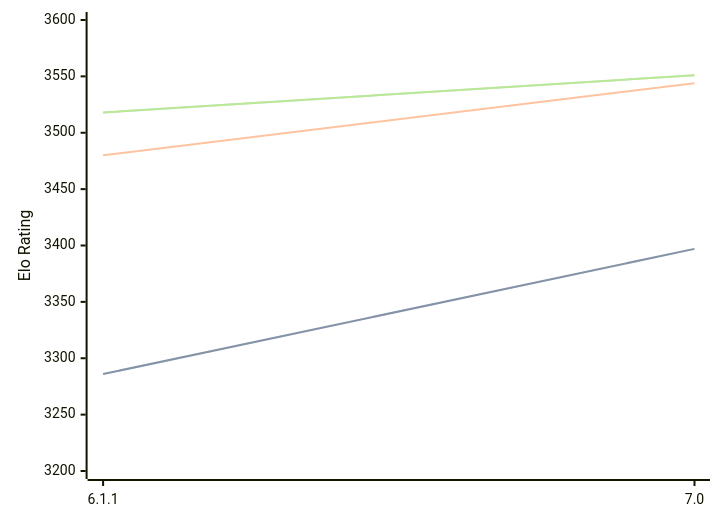
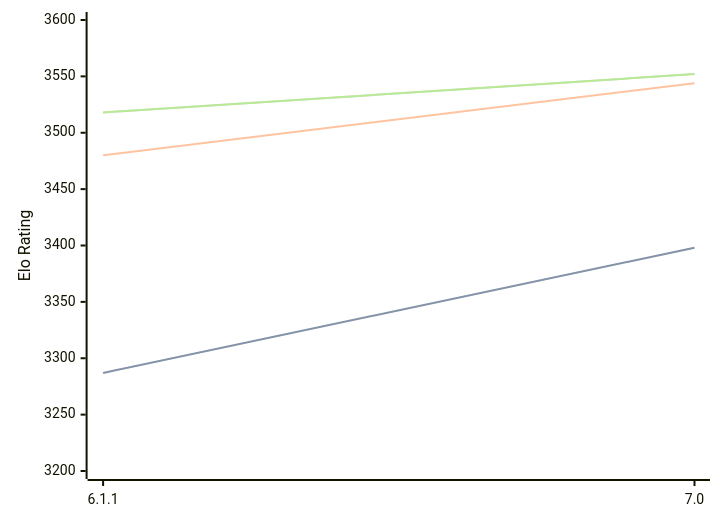
The diagram in engines/Astra.md (computer-chess-index/cci), drawn with Mermaid before and after one commit. The commit also changed other lines of this file, not shown here.

Commit message:
Update CCI Ratings (ELO VLTC) - 2026-09-14

````diff
--- a/engines/Astra.md
+++ b/engines/Astra.md
@@ -32,11 +32,11 @@
 ```mermaid
 %%{init: {"theme":"base","themeVariables":{"seriesColors:['#a3a3a3','#222221','#faa371']}}}%%
 xychart-beta
   x-axis ["6.1.1", "7.0"]
   y-axis "Elo Rating" 3200 --> 3600
-  line "" [3286, 3397]
-  line "STC (8.0+0.08s)" [3286, 3397]
+  line "" [3287, 3398]
+  line "STC (8.0+0.08s)" [3287, 3398]
   line "LTC (60.0+0.60s)" [3480, 3544]
-  line "" [3518, 3551]
-  line "VLTC (2m24s+1.12s)" [3518, 3551]
+  line "" [3518, 3552]
+  line "VLTC (2m24s+1.12s)" [3518, 3552]
 ```
````
